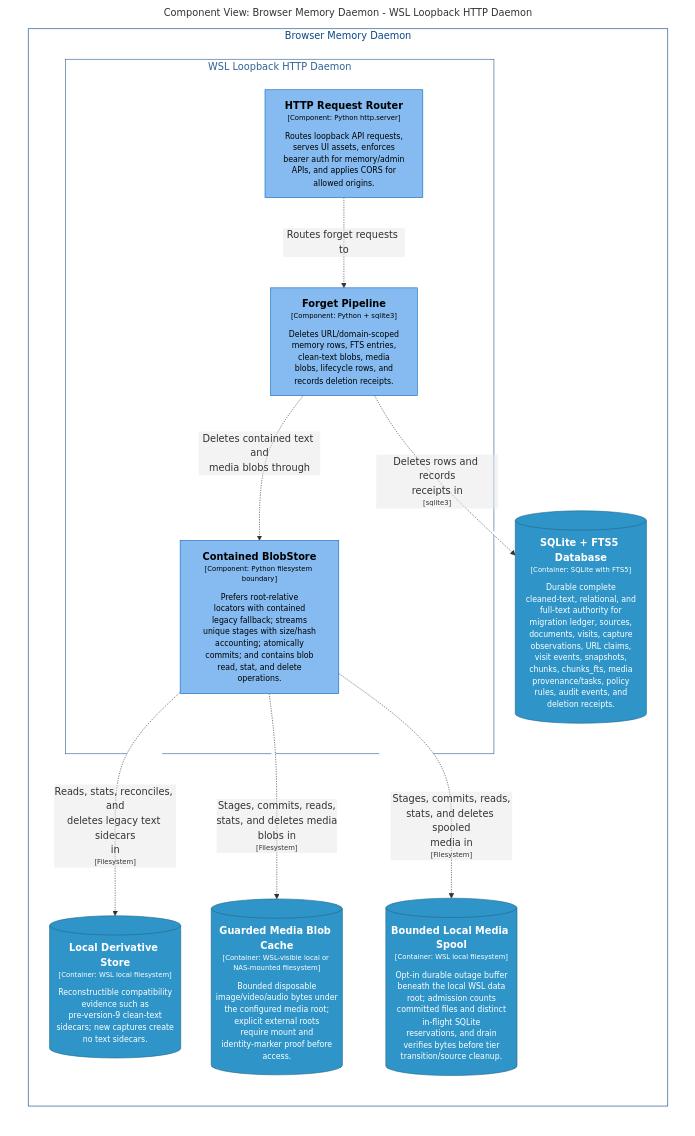
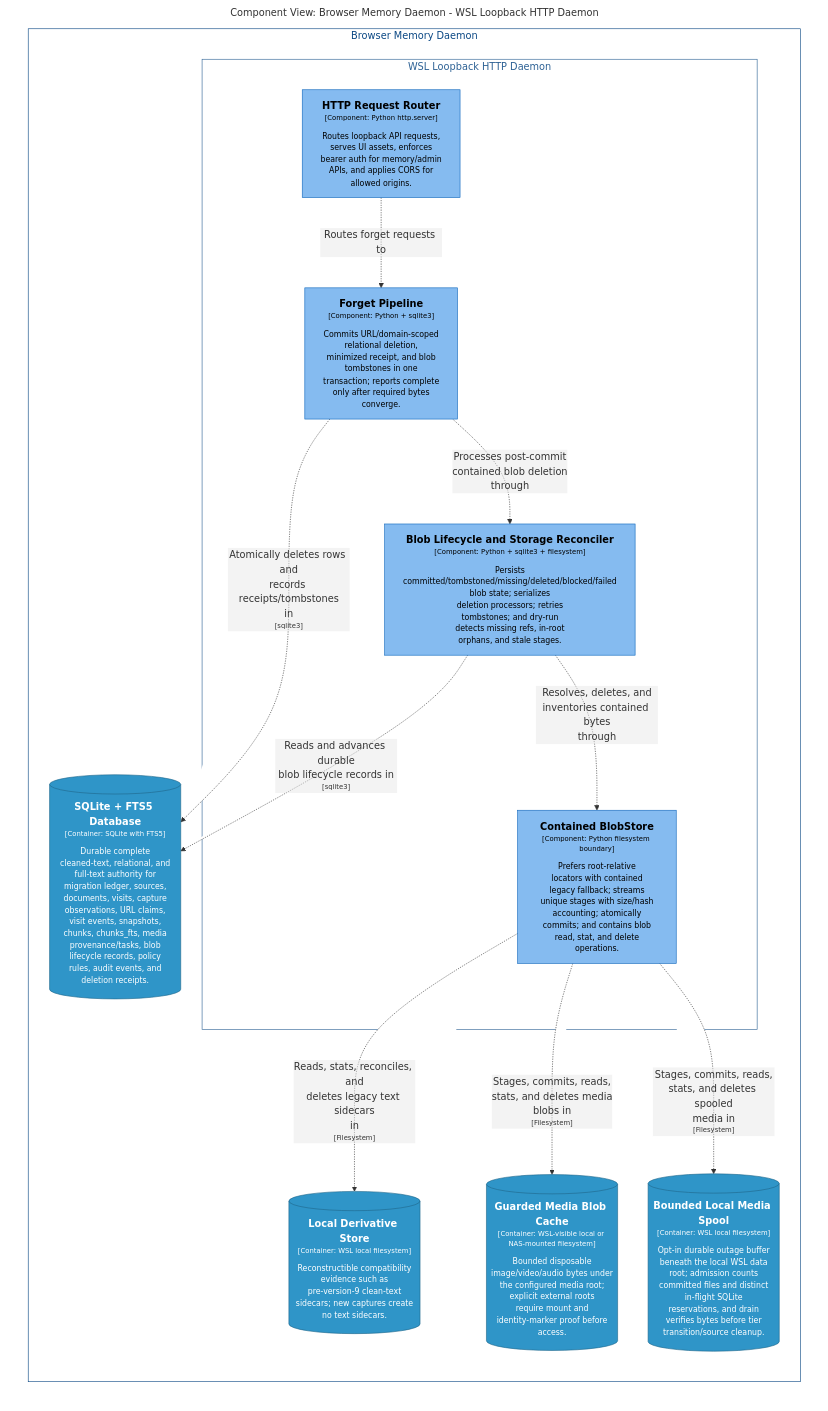
The diagram in docs/architecture/diagrams/structurizr-DaemonForgetComponents.mmd (michaelnicks0/browser-memory-daemon), drawn with Mermaid before and after one commit. The commit also changed 201 other files, not shown here.

Commit message:
feat(storage): add tombstoned deletion and recovery

```diff
--- a/docs/architecture/diagrams/structurizr-DaemonForgetComponents.mmd
+++ b/docs/architecture/diagrams/structurizr-DaemonForgetComponents.mmd
@@ -1,38 +1,42 @@
 graph LR
   linkStyle default fill:#ffffff
 
   subgraph diagram ["Component View: Browser Memory Daemon - WSL Loopback HTTP Daemon"]
     style diagram fill:#ffffff,stroke:#ffffff
 
     subgraph 4 ["Browser Memory Daemon"]
       style 4 fill:#ffffff,stroke:#0b4884,color:#0b4884
 
       subgraph 14 ["WSL Loopback HTTP Daemon"]
         style 14 fill:#ffffff,stroke:#2e6295,color:#2e6295
 
         15["<div style='font-weight: bold'>HTTP Request Router</div><div style='font-size: 70%; margin-top: 0px'>[Component: Python http.server]</div><div style='font-size: 80%; margin-top:10px'>Routes loopback API requests,<br />serves UI assets, enforces<br />bearer auth for memory/admin<br />APIs, and applies CORS for<br />allowed origins.</div>"]
         style 15 fill:#85bbf0,stroke:#1168bd,color:#000000
         22["<div style='font-weight: bold'>Contained BlobStore</div><div style='font-size: 70%; margin-top: 0px'>[Component: Python filesystem boundary]</div><div style='font-size: 80%; margin-top:10px'>Prefers root-relative<br />locators with contained<br />legacy fallback; streams<br />unique stages with size/hash<br />accounting; atomically<br />commits; and contains blob<br />read, stat, and delete<br />operations.</div>"]
         style 22 fill:#85bbf0,stroke:#1168bd,color:#000000
-        24["<div style='font-weight: bold'>Forget Pipeline</div><div style='font-size: 70%; margin-top: 0px'>[Component: Python + sqlite3]</div><div style='font-size: 80%; margin-top:10px'>Deletes URL/domain-scoped<br />memory rows, FTS entries,<br />clean-text blobs, media<br />blobs, lifecycle rows, and<br />records deletion receipts.</div>"]
-        style 24 fill:#85bbf0,stroke:#1168bd,color:#000000
+        23["<div style='font-weight: bold'>Blob Lifecycle and Storage Reconciler</div><div style='font-size: 70%; margin-top: 0px'>[Component: Python + sqlite3 + filesystem]</div><div style='font-size: 80%; margin-top:10px'>Persists<br />committed/tombstoned/missing/deleted/blocked/failed<br />blob state; serializes<br />deletion processors; retries<br />tombstones; and dry-run<br />detects missing refs, in-root<br />orphans, and stale stages.</div>"]
+        style 23 fill:#85bbf0,stroke:#1168bd,color:#000000
+        25["<div style='font-weight: bold'>Forget Pipeline</div><div style='font-size: 70%; margin-top: 0px'>[Component: Python + sqlite3]</div><div style='font-size: 80%; margin-top:10px'>Commits URL/domain-scoped<br />relational deletion,<br />minimized receipt, and blob<br />tombstones in one<br />transaction; reports complete<br />only after required bytes<br />converge.</div>"]
+        style 25 fill:#85bbf0,stroke:#1168bd,color:#000000
       end
 
-      29[("<div style='font-weight: bold'>SQLite + FTS5 Database</div><div style='font-size: 70%; margin-top: 0px'>[Container: SQLite with FTS5]</div><div style='font-size: 80%; margin-top:10px'>Durable complete<br />cleaned-text, relational, and<br />full-text authority for<br />migration ledger, sources,<br />documents, visits, capture<br />observations, URL claims,<br />visit events, snapshots,<br />chunks, chunks_fts, media<br />provenance/tasks, policy<br />rules, audit events, and<br />deletion receipts.</div>")]
-      style 29 fill:#2f95c8,stroke:#20688c,color:#ffffff
-      30[("<div style='font-weight: bold'>Local Derivative Store</div><div style='font-size: 70%; margin-top: 0px'>[Container: WSL local filesystem]</div><div style='font-size: 80%; margin-top:10px'>Reconstructible compatibility<br />evidence such as<br />pre-version-9 clean-text<br />sidecars; new captures create<br />no text sidecars.</div>")]
+      30[("<div style='font-weight: bold'>SQLite + FTS5 Database</div><div style='font-size: 70%; margin-top: 0px'>[Container: SQLite with FTS5]</div><div style='font-size: 80%; margin-top:10px'>Durable complete<br />cleaned-text, relational, and<br />full-text authority for<br />migration ledger, sources,<br />documents, visits, capture<br />observations, URL claims,<br />visit events, snapshots,<br />chunks, chunks_fts, media<br />provenance/tasks, blob<br />lifecycle records, policy<br />rules, audit events, and<br />deletion receipts.</div>")]
       style 30 fill:#2f95c8,stroke:#20688c,color:#ffffff
-      31[("<div style='font-weight: bold'>Guarded Media Blob Cache</div><div style='font-size: 70%; margin-top: 0px'>[Container: WSL-visible local or NAS-mounted filesystem]</div><div style='font-size: 80%; margin-top:10px'>Bounded disposable<br />image/video/audio bytes under<br />the configured media root;<br />explicit external roots<br />require mount and<br />identity-marker proof before<br />access.</div>")]
+      31[("<div style='font-weight: bold'>Local Derivative Store</div><div style='font-size: 70%; margin-top: 0px'>[Container: WSL local filesystem]</div><div style='font-size: 80%; margin-top:10px'>Reconstructible compatibility<br />evidence such as<br />pre-version-9 clean-text<br />sidecars; new captures create<br />no text sidecars.</div>")]
       style 31 fill:#2f95c8,stroke:#20688c,color:#ffffff
-      32[("<div style='font-weight: bold'>Bounded Local Media Spool</div><div style='font-size: 70%; margin-top: 0px'>[Container: WSL local filesystem]</div><div style='font-size: 80%; margin-top:10px'>Opt-in durable outage buffer<br />beneath the local WSL data<br />root; admission counts<br />committed files and distinct<br />in-flight SQLite<br />reservations, and drain<br />verifies bytes before tier<br />transition/source cleanup.</div>")]
+      32[("<div style='font-weight: bold'>Guarded Media Blob Cache</div><div style='font-size: 70%; margin-top: 0px'>[Container: WSL-visible local or NAS-mounted filesystem]</div><div style='font-size: 80%; margin-top:10px'>Bounded disposable<br />image/video/audio bytes under<br />the configured media root;<br />explicit external roots<br />require mount and<br />identity-marker proof before<br />access.</div>")]
       style 32 fill:#2f95c8,stroke:#20688c,color:#ffffff
+      33[("<div style='font-weight: bold'>Bounded Local Media Spool</div><div style='font-size: 70%; margin-top: 0px'>[Container: WSL local filesystem]</div><div style='font-size: 80%; margin-top:10px'>Opt-in durable outage buffer<br />beneath the local WSL data<br />root; admission counts<br />committed files and distinct<br />in-flight SQLite<br />reservations, and drain<br />verifies bytes before tier<br />transition/source cleanup.</div>")]
+      style 33 fill:#2f95c8,stroke:#20688c,color:#ffffff
     end
 
-    15-. "<div>Routes forget requests to</div><div style='font-size: 70%'></div>" .->24
-    24-. "<div>Deletes rows and records<br />receipts in</div><div style='font-size: 70%'>[sqlite3]</div>" .->29
-    24-. "<div>Deletes contained text and<br />media blobs through</div><div style='font-size: 70%'></div>" .->22
-    22-. "<div>Reads, stats, reconciles, and<br />deletes legacy text sidecars<br />in</div><div style='font-size: 70%'>[Filesystem]</div>" .->30
-    22-. "<div>Stages, commits, reads,<br />stats, and deletes media<br />blobs in</div><div style='font-size: 70%'>[Filesystem]</div>" .->31
-    22-. "<div>Stages, commits, reads,<br />stats, and deletes spooled<br />media in</div><div style='font-size: 70%'>[Filesystem]</div>" .->32
+    15-. "<div>Routes forget requests to</div><div style='font-size: 70%'></div>" .->25
+    25-. "<div>Atomically deletes rows and<br />records receipts/tombstones<br />in</div><div style='font-size: 70%'>[sqlite3]</div>" .->30
+    25-. "<div>Processes post-commit<br />contained blob deletion<br />through</div><div style='font-size: 70%'></div>" .->23
+    23-. "<div>Reads and advances durable<br />blob lifecycle records in</div><div style='font-size: 70%'>[sqlite3]</div>" .->30
+    23-. "<div>Resolves, deletes, and<br />inventories contained bytes<br />through</div><div style='font-size: 70%'></div>" .->22
+    22-. "<div>Reads, stats, reconciles, and<br />deletes legacy text sidecars<br />in</div><div style='font-size: 70%'>[Filesystem]</div>" .->31
+    22-. "<div>Stages, commits, reads,<br />stats, and deletes media<br />blobs in</div><div style='font-size: 70%'>[Filesystem]</div>" .->32
+    22-. "<div>Stages, commits, reads,<br />stats, and deletes spooled<br />media in</div><div style='font-size: 70%'>[Filesystem]</div>" .->33
 
   end
```
